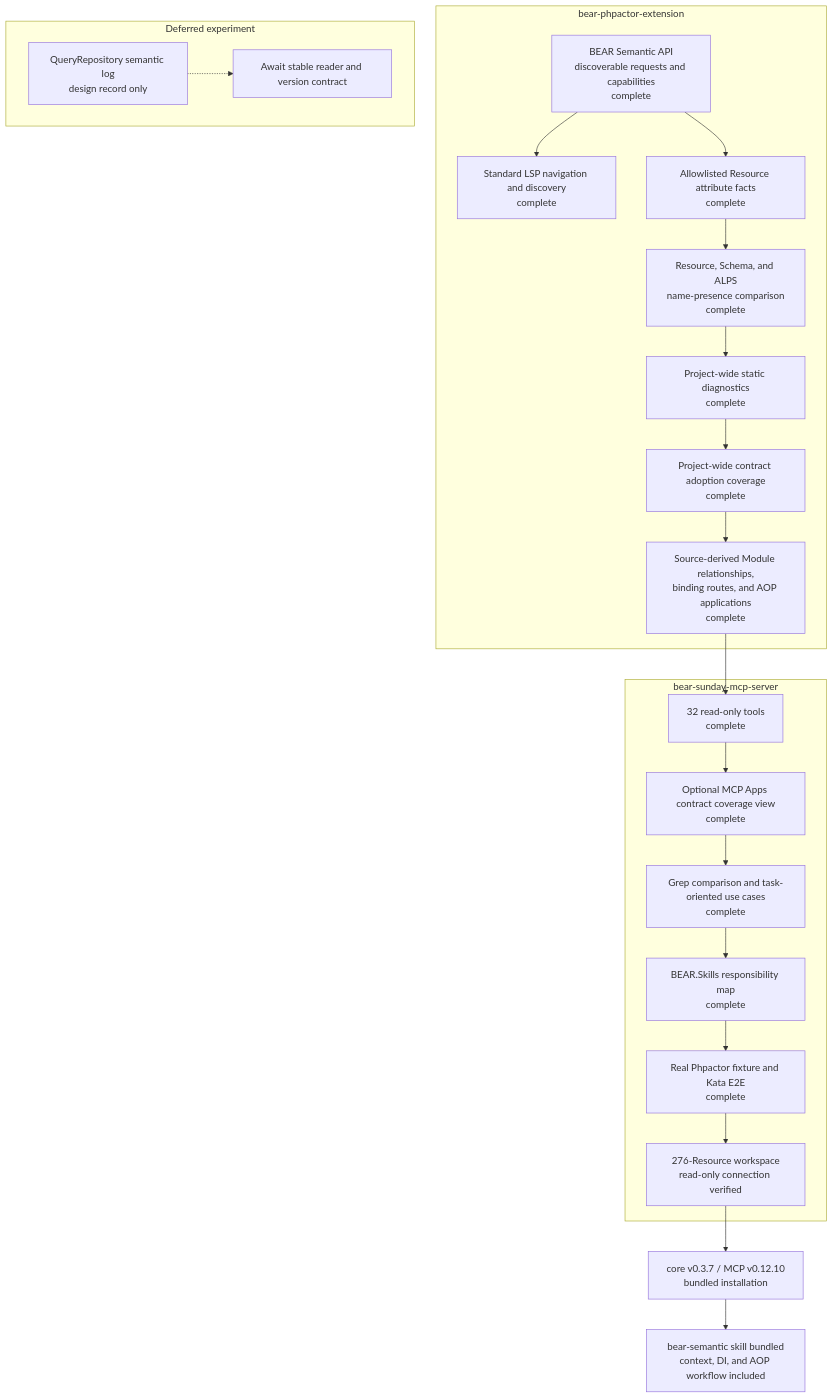
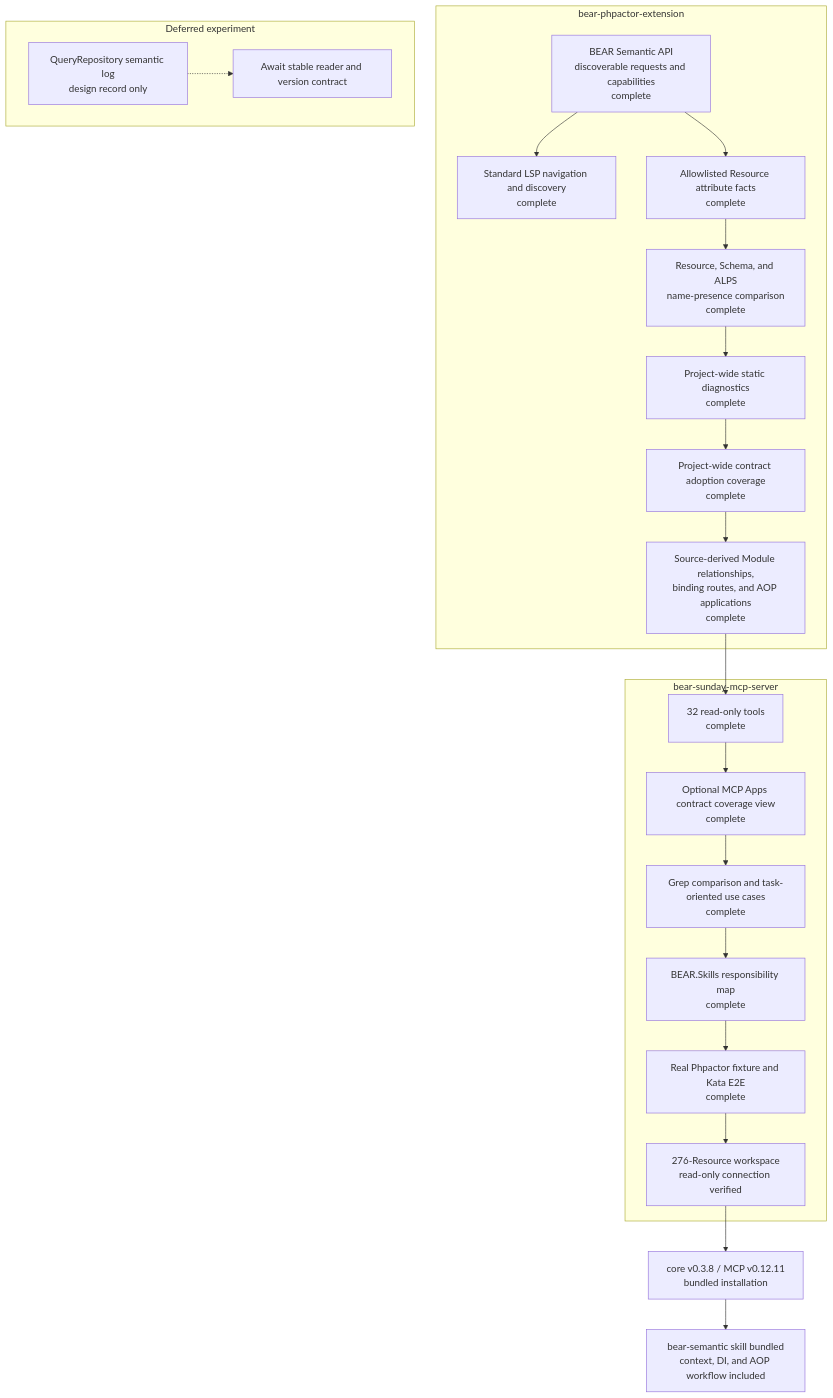
Before and after one commit to suzumaze/bear-sunday-mcp-server: the diagram in docs/project-status.md, drawn with Mermaid. The commit also changed other lines of this file and 7 other files, not shown here.

````diff
--- a/docs/project-status.md
+++ b/docs/project-status.md
@@ -9,35 +9,35 @@
 ```mermaid
 flowchart TB
     subgraph Core["bear-phpactor-extension"]
         C1["BEAR Semantic API<br/>discoverable requests and capabilities<br/>complete"]
         C2["Standard LSP navigation and discovery<br/>complete"]
         C3["Allowlisted Resource attribute facts<br/>complete"]
         C4["Resource, Schema, and ALPS<br/>name-presence comparison<br/>complete"]
         C5["Project-wide static diagnostics<br/>complete"]
         C6["Project-wide contract adoption coverage<br/>complete"]
         C7["Source-derived Module relationships,<br/>binding routes, and AOP applications<br/>complete"]
         C1 --> C2
         C1 --> C3 --> C4 --> C5 --> C6 --> C7
     end
 
     subgraph MCP["bear-sunday-mcp-server"]
         M1["32 read-only tools<br/>complete"]
         M0["Optional MCP Apps contract coverage view<br/>complete"]
         M2["Grep comparison and task-oriented use cases<br/>complete"]
         M3["BEAR.Skills responsibility map<br/>complete"]
         M4["Real Phpactor fixture and Kata E2E<br/>complete"]
         M5["276-Resource workspace<br/>read-only connection verified"]
         M1 --> M0 --> M2 --> M3 --> M4 --> M5
     end
 
     C7 --> M1
 
     subgraph Deferred["Deferred experiment"]
         D1["QueryRepository semantic log<br/>design record only"]
         D2["Await stable reader and version contract"]
         D1 -.-> D2
     end
 
-    M5 --> R1["core v0.3.7 / MCP v0.12.10<br/>bundled installation"]
+    M5 --> R1["core v0.3.8 / MCP v0.12.11<br/>bundled installation"]
     R1 --> S1["bear-semantic skill bundled<br/>context, DI, and AOP workflow included"]
 ```
````
